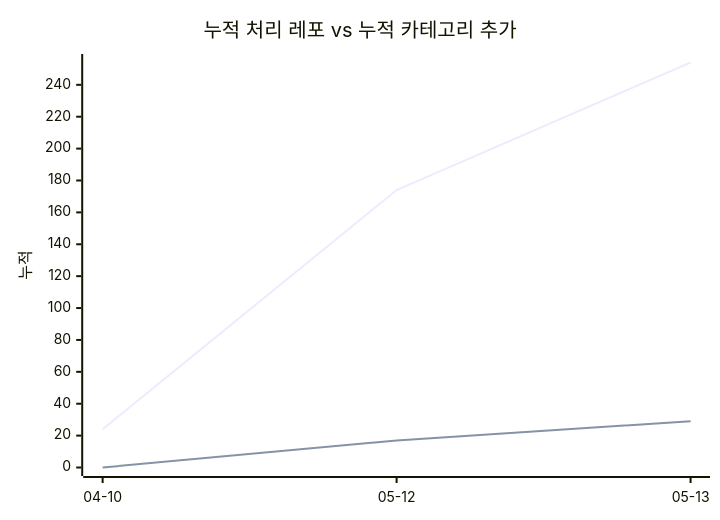
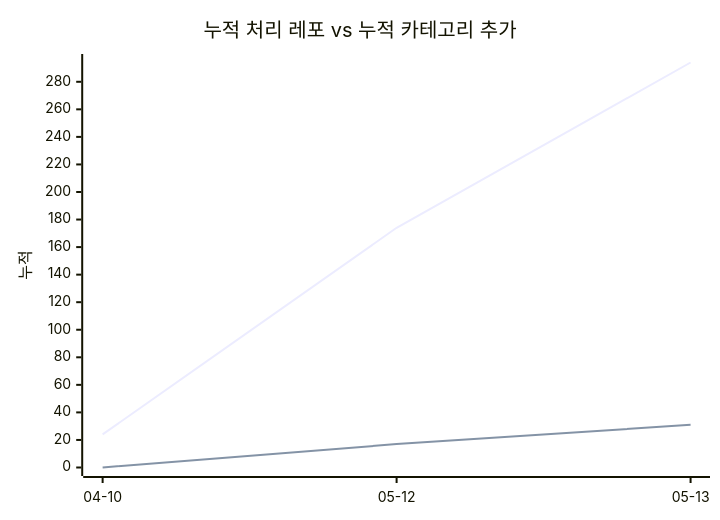
One commit to J-nowcow/awesome-korean-agent-skills changed the second of 2 diagrams in docs/trends.md. Above: the diagram before and after it, drawn with Mermaid. The commit also changed other lines of this file and 5 other files, not shown here.

````diff
--- a/docs/trends.md
+++ b/docs/trends.md
@@ -57,8 +57,8 @@
 ```mermaid
 xychart-beta
     title "누적 처리 레포 vs 누적 카테고리 추가"
     x-axis ["04-10","05-12","05-13"]
     y-axis "누적"
-    line [24,174,254]
-    line [0,17,29]
+    line [24,174,294]
+    line [0,17,31]
 ```
````
